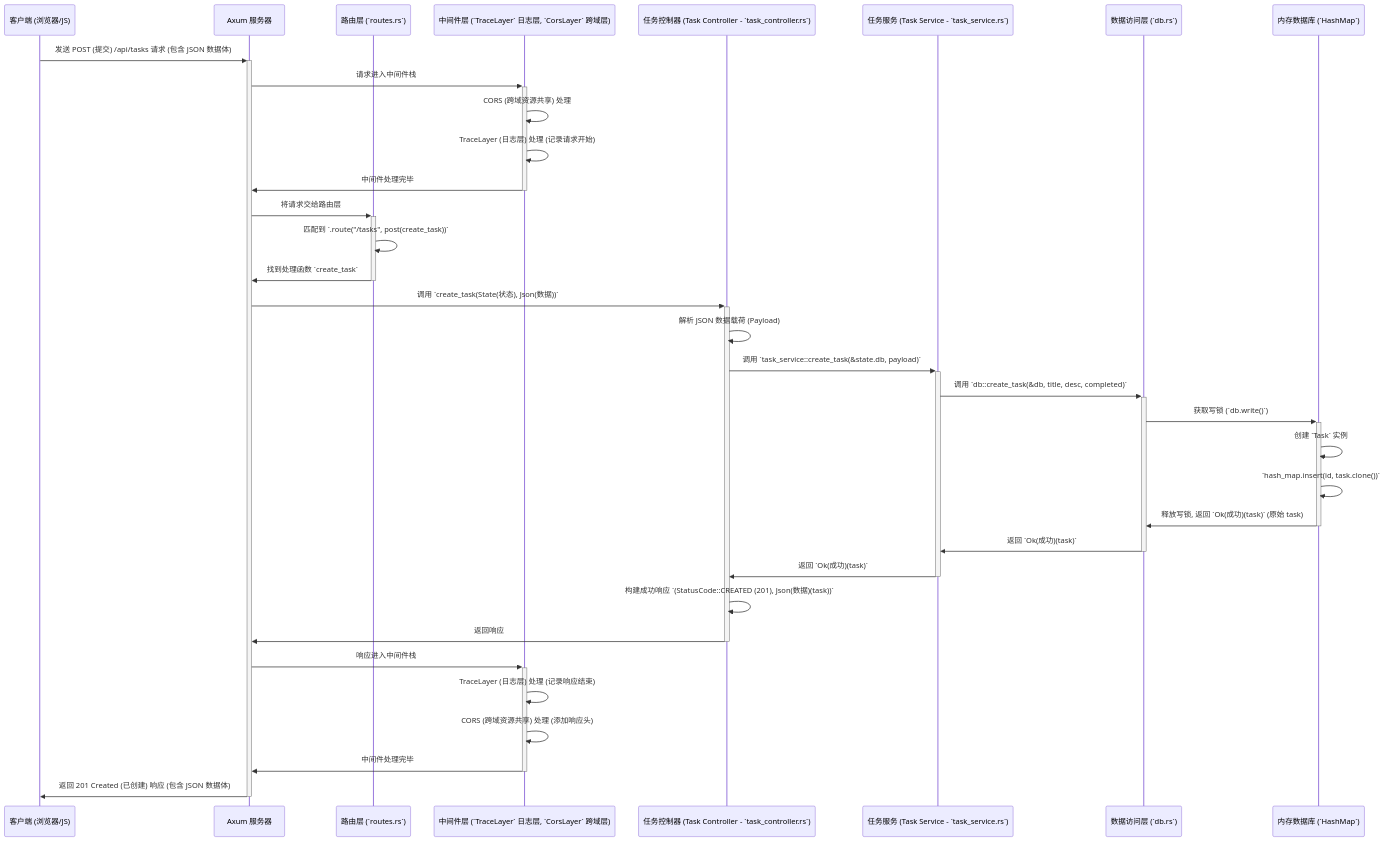
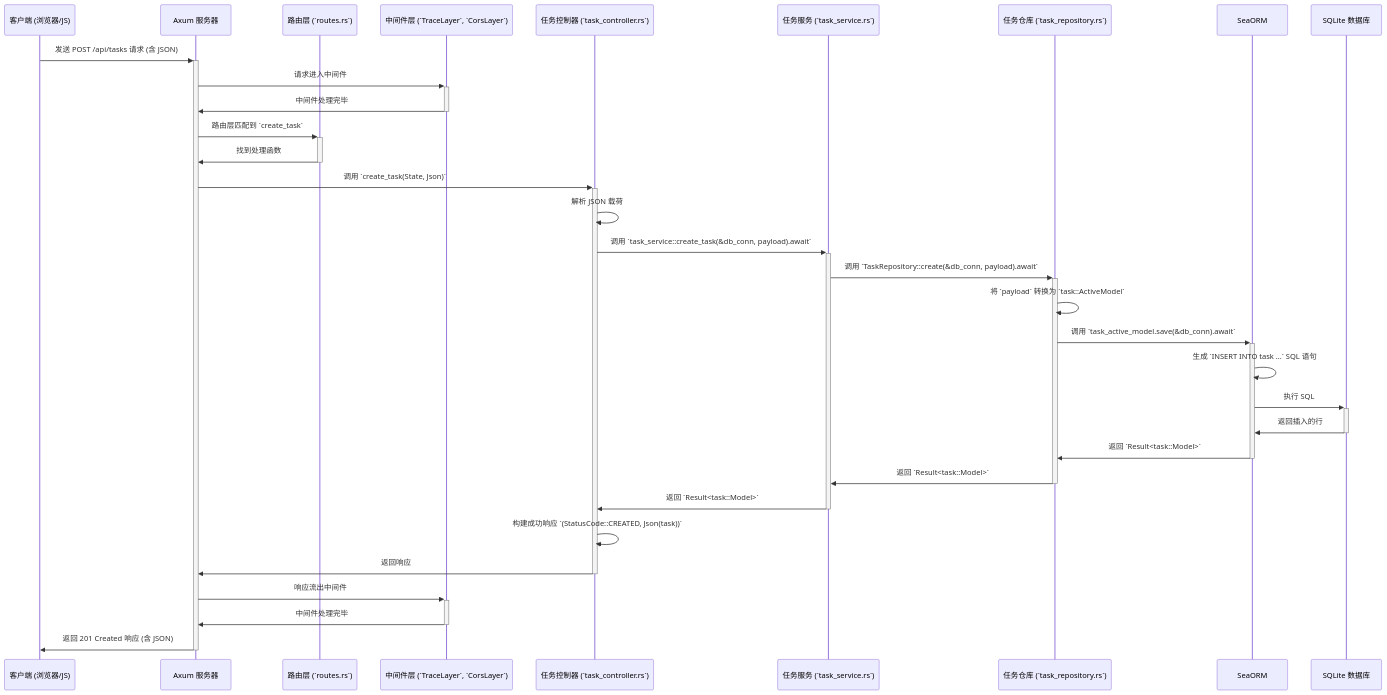
One commit to fasfsagg/rust changed the third of 3 diagrams in README.md. Above: the diagram before and after it, drawn with Mermaid. The commit also changed other lines of this file and 39 other files, not shown here.

````diff
--- a/README.md
+++ b/README.md
@@ -118,37 +137,35 @@
 ```mermaid
 sequenceDiagram
     participant C as 客户端 (浏览器/JS)
     participant S as Axum 服务器
     participant RL as 路由层 (`routes.rs`)
-    participant MW as 中间件层 (`TraceLayer` 日志层, `CorsLayer` 跨域层)
-    participant TC as 任务控制器 (Task Controller - `task_controller.rs`)
-    participant TS as 任务服务 (Task Service - `task_service.rs`)
-    participant DB as 数据访问层 (`db.rs`)
-    participant Mem as 内存数据库 (`HashMap`)
+    participant MW as 中间件层 (`TraceLayer`, `CorsLayer`)
+    participant TC as 任务控制器 (`task_controller.rs`)
+    participant TS as 任务服务 (`task_service.rs`)
+    participant TR as 任务仓库 (`task_repository.rs`)
+    participant ORM as SeaORM
+    participant DB as SQLite 数据库
 
-    C->>+S: 发送 POST (提交) /api/tasks 请求 (包含 JSON 数据体)
-    S->>+MW: 请求进入中间件栈
-    MW->>MW: CORS (跨域资源共享) 处理
-    MW->>MW: TraceLayer (日志层) 处理 (记录请求开始)
+    C->>+S: 发送 POST /api/tasks 请求 (含 JSON)
+    S->>+MW: 请求进入中间件
     MW->>-S: 中间件处理完毕
-    S->>+RL: 将请求交给路由层
-    RL->>RL: 匹配到 `.route("/tasks", post(create_task))`
-    RL->>-S: 找到处理函数 `create_task`
-    S->>+TC: 调用 `create_task(State(状态), Json(数据))`
-    TC->>TC: 解析 JSON 数据载荷 (Payload)
-    TC->>+TS: 调用 `task_service::create_task(&state.db, payload)`
-    TS->>+DB: 调用 `db::create_task(&db, title, desc, completed)`
-    DB->>+Mem: 获取写锁 (`db.write()`)
-    Mem->>Mem: 创建 `Task` 实例
-    Mem->>Mem: `hash_map.insert(id, task.clone())`
-    Mem->>-DB: 释放写锁, 返回 `Ok(成功)(task)` (原始 task)
-    DB->>-TS: 返回 `Ok(成功)(task)`
-    TS->>-TC: 返回 `Ok(成功)(task)`
-    TC->>TC: 构建成功响应 `(StatusCode::CREATED (201), Json(数据)(task))`
+    S->>+RL: 路由层匹配到 `create_task`
+    RL->>-S: 找到处理函数
+    S->>+TC: 调用 `create_task(State, Json)`
+    TC->>TC: 解析 JSON 载荷
+    TC->>+TS: 调用 `task_service::create_task(&db_conn, payload).await`
+    TS->>+TR: 调用 `TaskRepository::create(&db_conn, payload).await`
+    TR->>TR: 将 `payload` 转换为 `task::ActiveModel`
+    TR->>+ORM: 调用 `task_active_model.save(&db_conn).await`
+    ORM->>ORM: 生成 `INSERT INTO task ...` SQL 语句
+    ORM->>+DB: 执行 SQL
+    DB->>-ORM: 返回插入的行
+    ORM->>-TR: 返回 `Result<task::Model>`
+    TR->>-TS: 返回 `Result<task::Model>`
+    TS->>-TC: 返回 `Result<task::Model>`
+    TC->>TC: 构建成功响应 `(StatusCode::CREATED, Json(task))`
     TC->>-S: 返回响应
-    S->>+MW: 响应进入中间件栈
-    MW->>MW: TraceLayer (日志层) 处理 (记录响应结束)
-    MW->>MW: CORS (跨域资源共享) 处理 (添加响应头)
+    S->>+MW: 响应流出中间件
     MW->>-S: 中间件处理完毕
-    S->>-C: 返回 201 Created (已创建) 响应 (包含 JSON 数据体)
+    S->>-C: 返回 201 Created 响应 (含 JSON)
 ```
````
